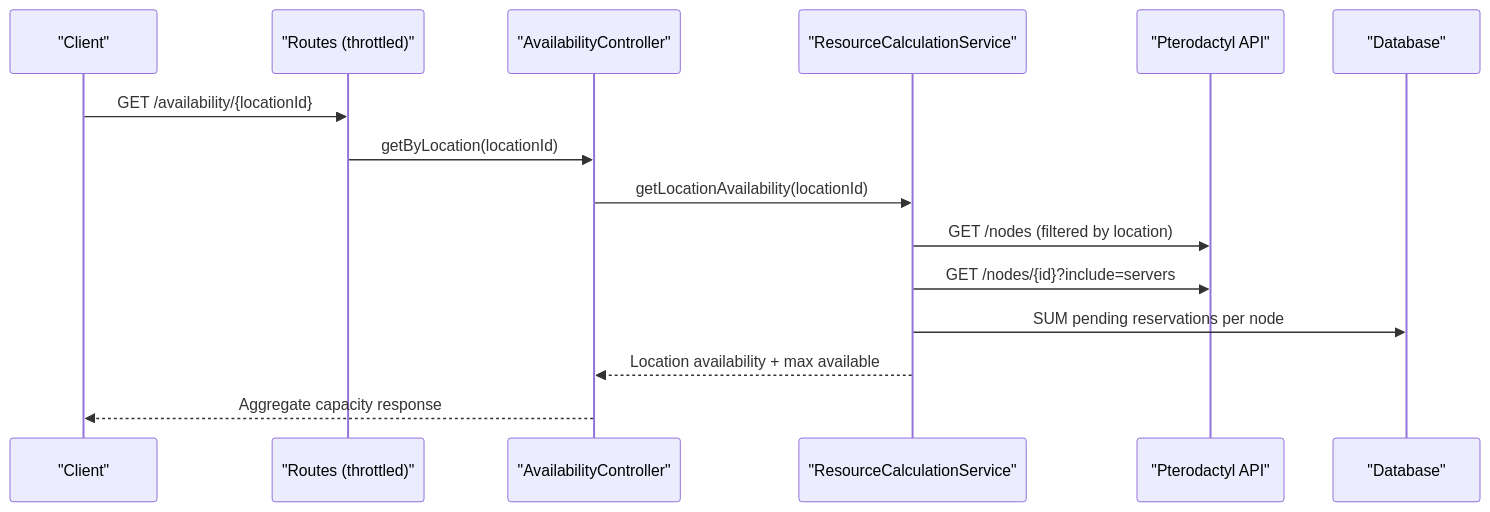
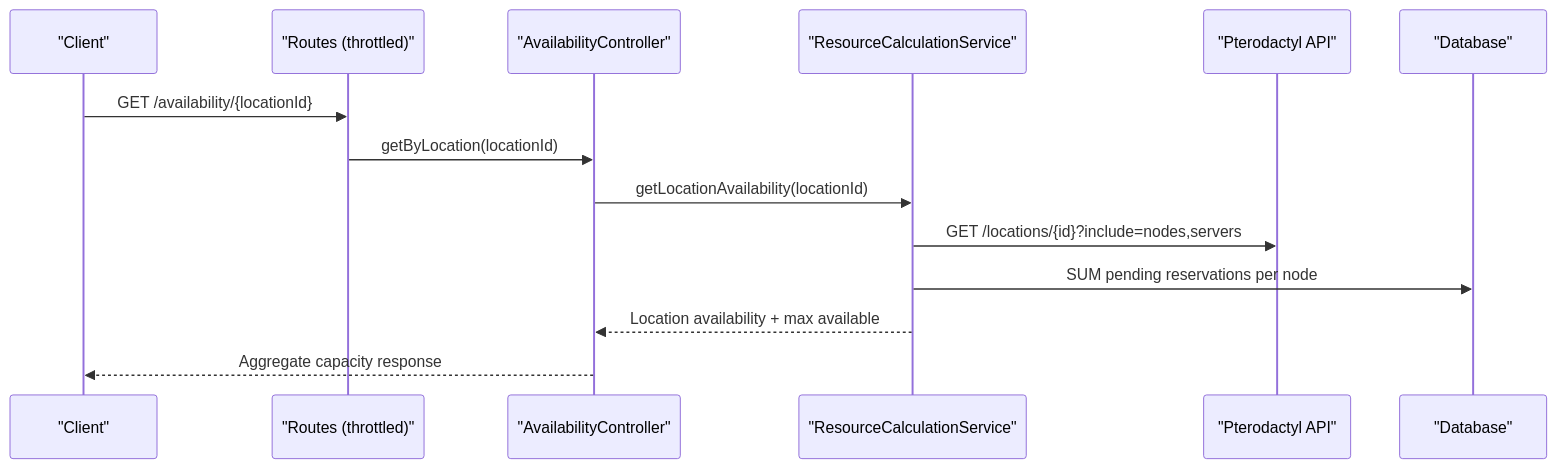
The second of 5 diagrams in .qoder/repowiki/en/content/Architecture Overview/Real-Time Integration Strategy.md (ObsidianNetwork/dynamic-pterodactyl), drawn with Mermaid before and after one commit. The commit also changed 23 other files, not shown here.

````diff
--- a/.qoder/repowiki/en/content/Architecture Overview/Real-Time Integration Strategy.md
+++ b/.qoder/repowiki/en/content/Architecture Overview/Real-Time Integration Strategy.md
@@ -84,17 +84,16 @@
 ```mermaid
 sequenceDiagram
 participant C as "Client"
 participant R as "Routes (throttled)"
 participant A as "AvailabilityController"
 participant S as "ResourceCalculationService"
 participant P as "Pterodactyl API"
 participant D as "Database"
 C->>R : GET /availability/{locationId}
 R->>A : getByLocation(locationId)
 A->>S : getLocationAvailability(locationId)
-S->>P : GET /nodes (filtered by location)
-S->>P : GET /nodes/{id}?include=servers
+S->>P : GET /locations/{id}?include=nodes,servers
 S->>D : SUM pending reservations per node
 S-->>A : Location availability + max available
 A-->>C : Aggregate capacity response
 ```
````
